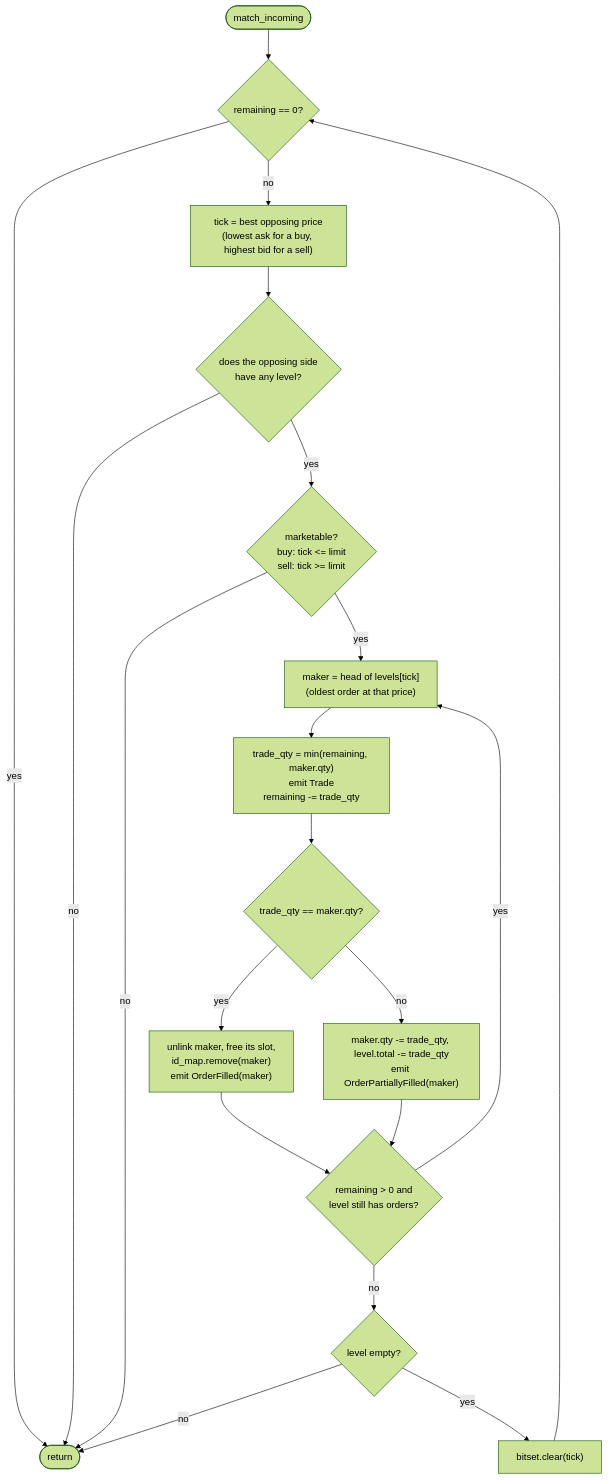
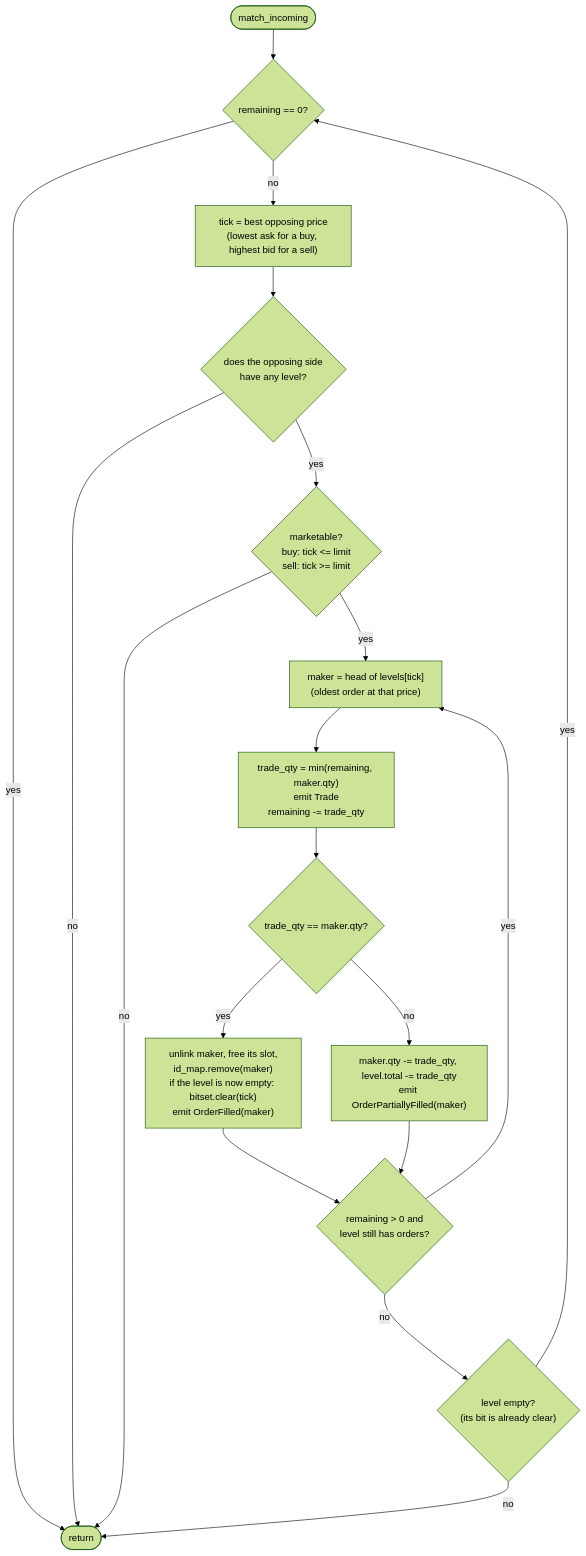
The second of 2 diagrams in docs/06-matching-algorithm.md (daohainam/rust-matching-engine), drawn with Mermaid (forest theme) before and after one commit. The commit also changed other lines of this file, not shown here.

````diff
--- a/docs/06-matching-algorithm.md
+++ b/docs/06-matching-algorithm.md
@@ -115,22 +121,21 @@
 ```mermaid
 flowchart TD
     S(["match_incoming"]) --> A{"remaining == 0?"}
     A -- yes --> Z(["return"])
     A -- no --> B["tick = best opposing price<br/>(lowest ask for a buy, highest bid for a sell)"]
     B --> C{"does the opposing side<br/>have any level?"}
     C -- no --> Z
     C -- yes --> D{"marketable?<br/>buy: tick <= limit<br/>sell: tick >= limit"}
     D -- no --> Z
     D -- yes --> E["maker = head of levels[tick]<br/>(oldest order at that price)"]
     E --> F["trade_qty = min(remaining, maker.qty)<br/>emit Trade<br/>remaining -= trade_qty"]
     F --> G{"trade_qty == maker.qty?"}
-    G -- yes --> H["unlink maker, free its slot,<br/>id_map.remove(maker)<br/>emit OrderFilled(maker)"]
+    G -- yes --> H["unlink maker, free its slot,<br/>id_map.remove(maker)<br/>if the level is now empty: bitset.clear(tick)<br/>emit OrderFilled(maker)"]
     G -- no --> I["maker.qty -= trade_qty, level.total -= trade_qty<br/>emit OrderPartiallyFilled(maker)"]
     H --> J{"remaining > 0 and<br/>level still has orders?"}
     I --> J
     J -- yes --> E
-    J -- no --> K{"level empty?"}
-    K -- yes --> L["bitset.clear(tick)"]
-    L --> A
+    J -- no --> K{"level empty?<br/>(its bit is already clear)"}
+    K -- yes --> A
     K -- no --> Z
 ```
````
